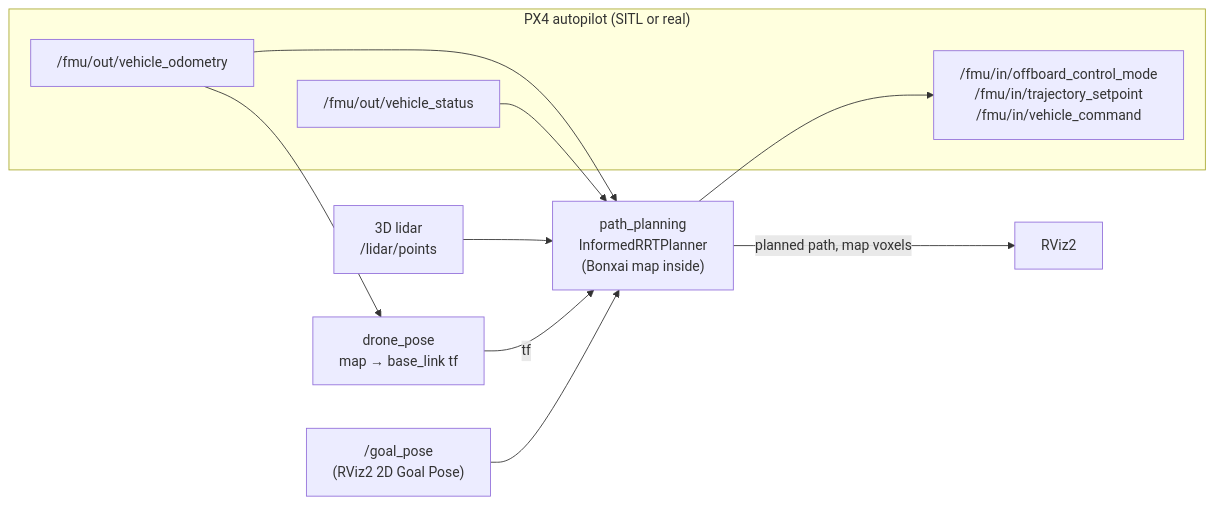
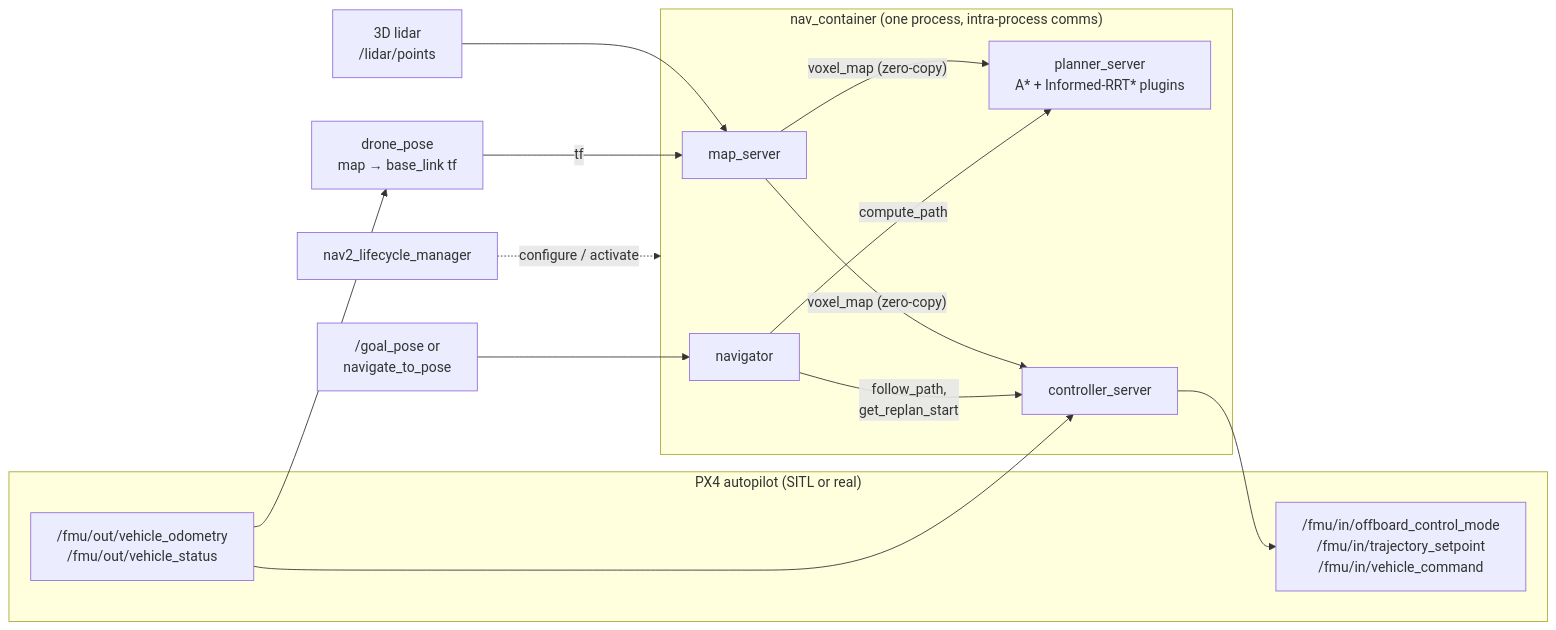
One commit to Fixit-Davide/ROS-Informed-RRT--planner changed the first of 2 diagrams in README.md. Above: the diagram before and after it, drawn with Mermaid. The commit also changed other lines of this file and 2 other files, not shown here.

First line of the commit message:
docs: describe the Nav2-style servers and the zero-copy map

````diff
--- a/README.md
+++ b/README.md
@@ -27,16 +40,24 @@
 ```mermaid
 flowchart LR
     subgraph PX4["PX4 autopilot (SITL or real)"]
-        ODO["/fmu/out/vehicle_odometry"]
-        ST["/fmu/out/vehicle_status"]
+        ODO["/fmu/out/vehicle_odometry<br/>/fmu/out/vehicle_status"]
         IN["/fmu/in/offboard_control_mode<br/>/fmu/in/trajectory_setpoint<br/>/fmu/in/vehicle_command"]
     end
-    LIDAR["3D lidar<br/>/lidar/points"] --> PL
+    subgraph C["nav_container (one process, intra-process comms)"]
+        MS["map_server"]
+        PS["planner_server<br/>A* + Informed-RRT* plugins"]
+        CS["controller_server"]
+        NV["navigator"]
+    end
+    LIDAR["3D lidar<br/>/lidar/points"] --> MS
     ODO --> DP["drone_pose<br/>map → base_link tf"]
-    DP -- tf --> PL
-    ODO --> PL["path_planning<br/>InformedRRTPlanner<br/>(Bonxai map inside)"]
-    ST --> PL
-    GOAL["/goal_pose<br/>(RViz2 2D Goal Pose)"] --> PL
-    PL --> IN
-    PL -- planned path, map voxels --> RV["RViz2"]
+    DP -- tf --> MS
+    MS -- "voxel_map (zero-copy)" --> PS
+    MS -- "voxel_map (zero-copy)" --> CS
+    GOAL["/goal_pose or<br/>navigate_to_pose"] --> NV
+    NV -- compute_path --> PS
+    NV -- "follow_path,<br/>get_replan_start" --> CS
+    ODO --> CS
+    CS --> IN
+    LM["nav2_lifecycle_manager"] -. configure / activate .-> C
 ```
````
